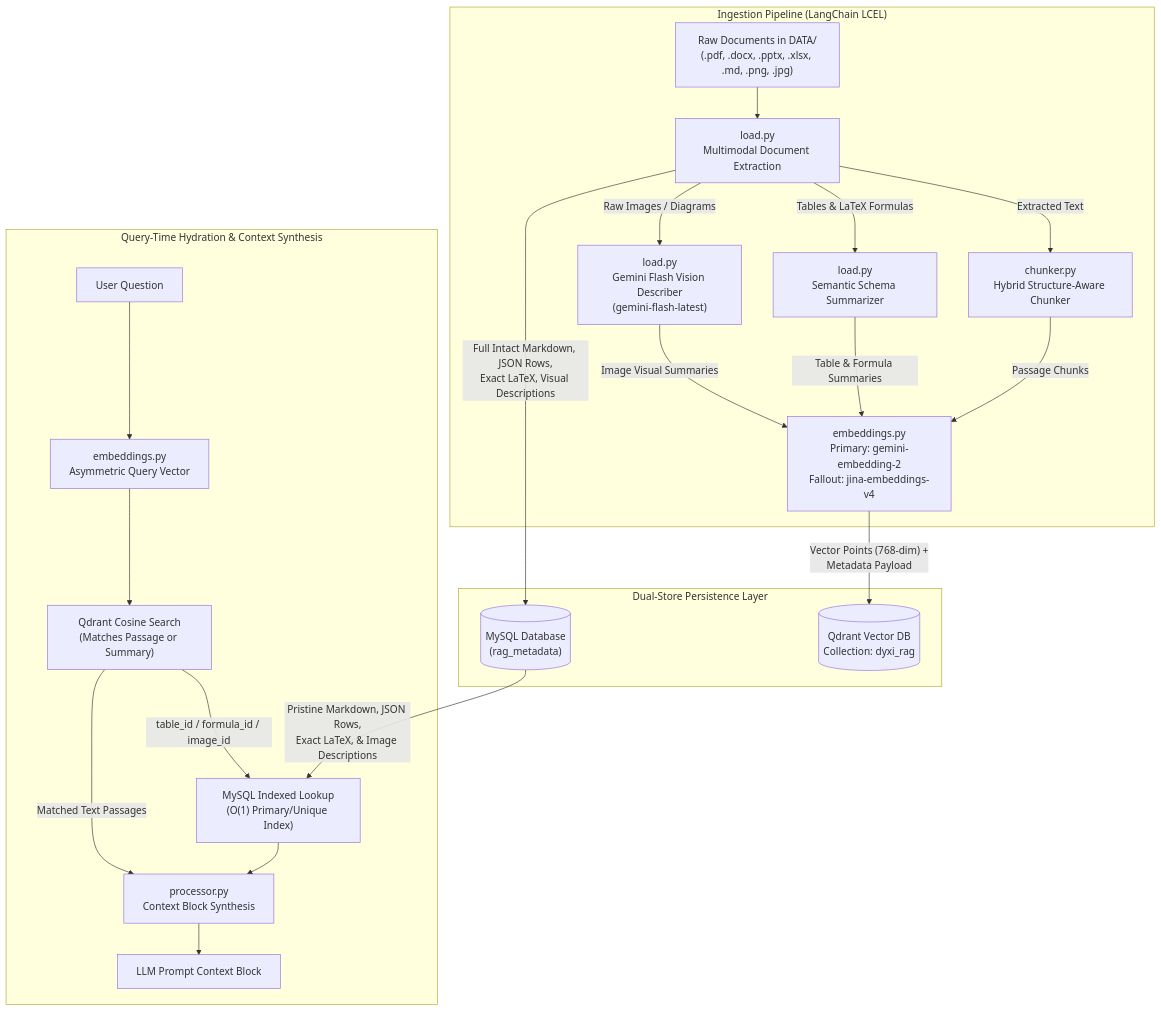
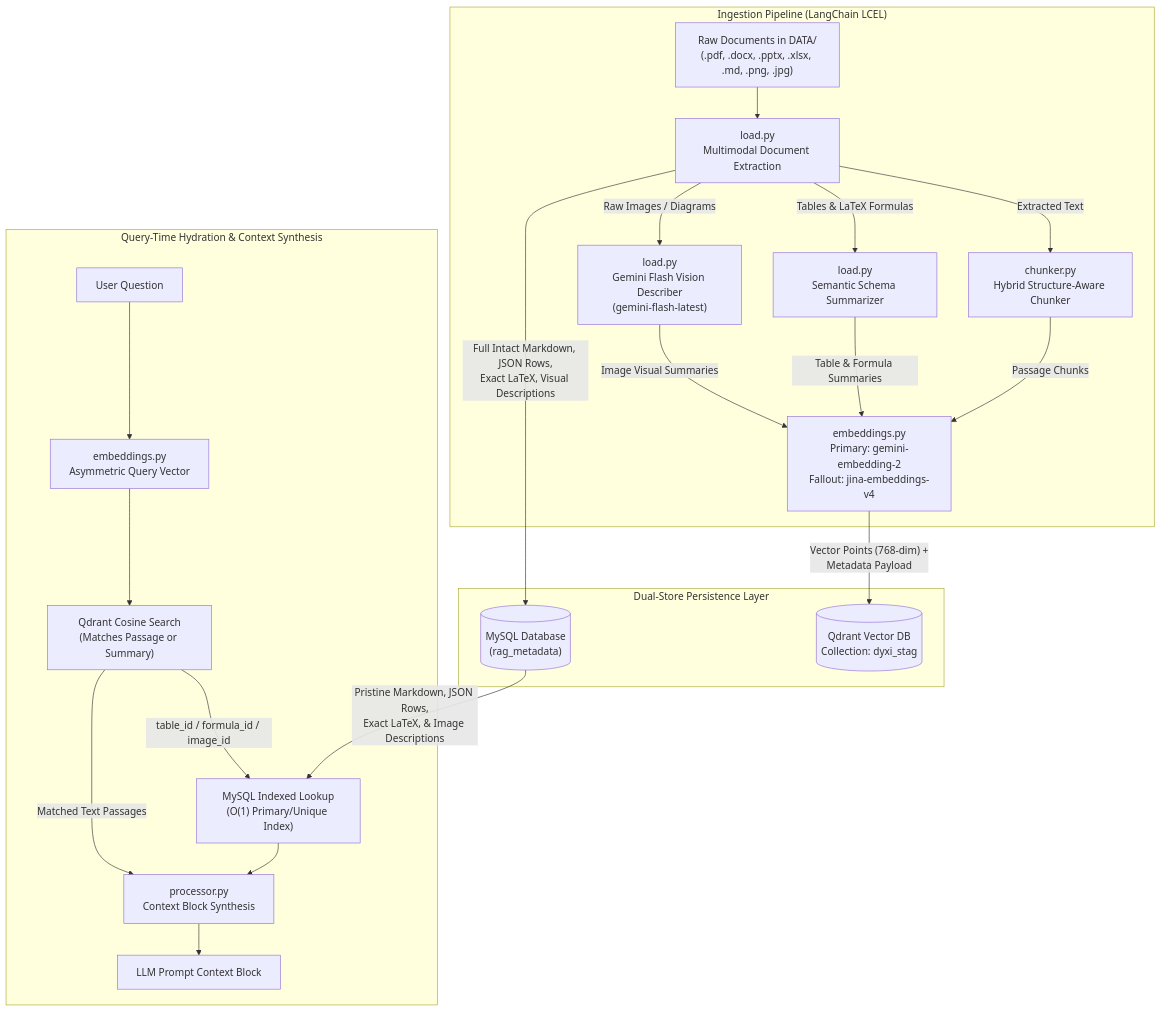
The first of 5 diagrams in docs/ARCHITECTURE_AND_TRACEABILITY.md (swoopfx/rag_dyxi1), drawn with Mermaid before and after one commit. The commit also changed other lines of this file and 12 other files, not shown here.

````diff
--- a/docs/ARCHITECTURE_AND_TRACEABILITY.md
+++ b/docs/ARCHITECTURE_AND_TRACEABILITY.md
@@ -16,27 +17,27 @@
 ```mermaid
 flowchart TD
     subgraph Ingestion ["Ingestion Pipeline (LangChain LCEL)"]
         DOCS["Raw Documents in DATA/\n(.pdf, .docx, .pptx, .xlsx, .md, .png, .jpg)"] --> LOAD["load.py\nMultimodal Document Extraction"]
         LOAD -->|"Extracted Text"| CHUNK["chunker.py\nHybrid Structure-Aware Chunker"]
         LOAD -->|"Tables & LaTeX Formulas"| SUMM["load.py\nSemantic Schema Summarizer"]
         LOAD -->|"Raw Images / Diagrams"| VISION["load.py\nGemini Flash Vision Describer\n(gemini-flash-latest)"]
         CHUNK -->|"Passage Chunks"| EMBED["embeddings.py\nPrimary: gemini-embedding-2\nFallout: jina-embeddings-v4"]
         SUMM -->|"Table & Formula Summaries"| EMBED
         VISION -->|"Image Visual Summaries"| EMBED
     end
 
     subgraph Storage ["Dual-Store Persistence Layer"]
-        EMBED -->|"Vector Points (768-dim) +\nMetadata Payload"| QDRANT[("Qdrant Vector DB\nCollection: dyxi_rag")]
+        EMBED -->|"Vector Points (768-dim) +\nMetadata Payload"| QDRANT[("Qdrant Vector DB\nCollection: dyxi_stag")]
         LOAD -->|"Full Intact Markdown, JSON Rows,\nExact LaTeX, Visual Descriptions"| MYSQL[("MySQL Database\n(rag_metadata)")]
     end
 
     subgraph QueryTime ["Query-Time Hydration & Context Synthesis"]
         USER["User Question"] --> QEMBED["embeddings.py\nAsymmetric Query Vector"]
         QEMBED --> QSEARCH["Qdrant Cosine Search\n(Matches Passage or Summary)"]
         QSEARCH -->|"table_id / formula_id / image_id"| SQL["MySQL Indexed Lookup\n(O(1) Primary/Unique Index)"]
         MYSQL -->|"Pristine Markdown, JSON Rows,\nExact LaTeX, & Image Descriptions"| SQL
         SQL --> FUSION["processor.py\nContext Block Synthesis"]
         QSEARCH -->|"Matched Text Passages"| FUSION
         FUSION --> LLM["LLM Prompt Context Block"]
     end
 ```
````
